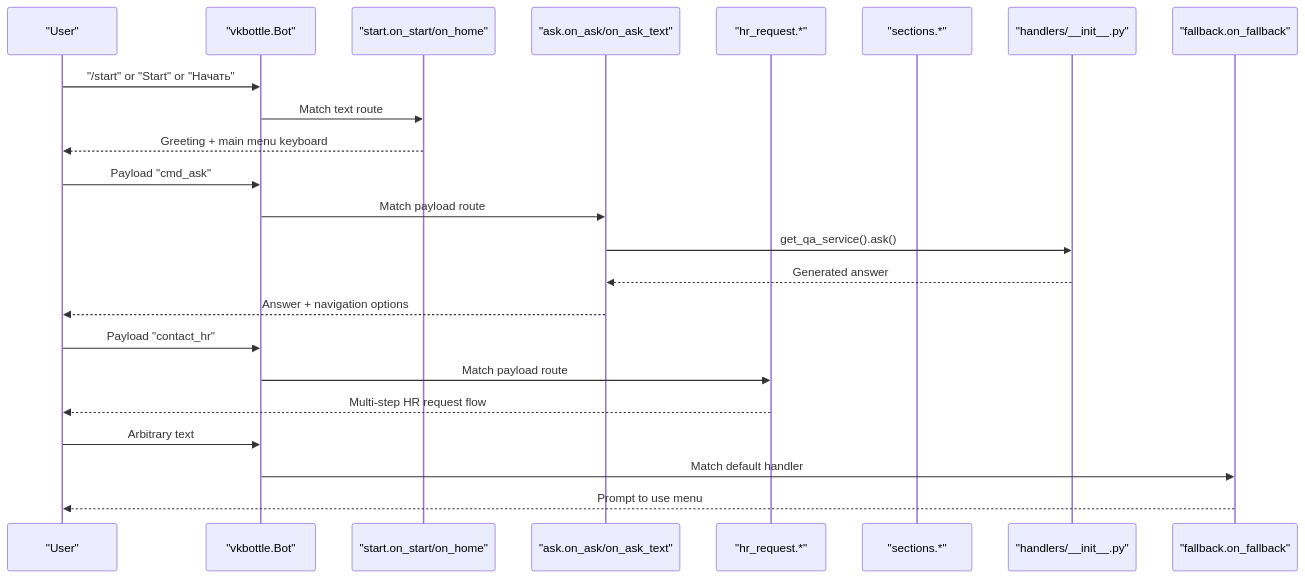
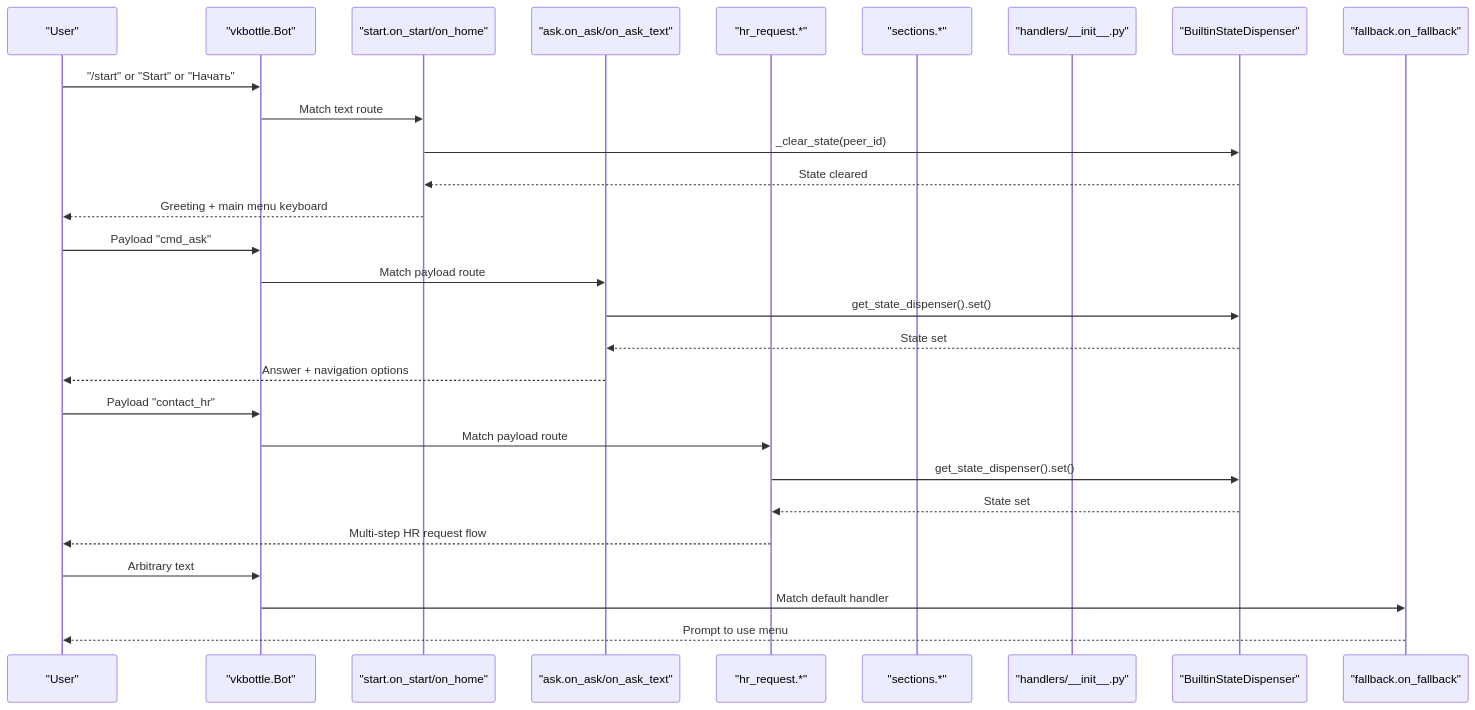
The eighth of 12 diagrams in .qoder/repowiki/en/content/VK Integration/VK Integration.md (ognelis/cafetera_hr_bot), drawn with Mermaid before and after one commit. The commit also changed other lines of this file and 14 other files, not shown here.

````diff
--- a/.qoder/repowiki/en/content/VK Integration/VK Integration.md
+++ b/.qoder/repowiki/en/content/VK Integration/VK Integration.md
@@ -369,25 +475,30 @@
 ```mermaid
 sequenceDiagram
 participant User as "User"
 participant Bot as "vkbottle.Bot"
 participant Start as "start.on_start/on_home"
 participant Ask as "ask.on_ask/on_ask_text"
 participant HR as "hr_request.*"
 participant Sections as "sections.*"
 participant Utils as "handlers/__init__.py"
+participant SD as "BuiltinStateDispenser"
 participant Fallback as "fallback.on_fallback"
 User->>Bot : "/start" or "Start" or "Начать"
 Bot->>Start : Match text route
+Start->>SD : _clear_state(peer_id)
+SD-->>Start : State cleared
 Start-->>User : Greeting + main menu keyboard
 User->>Bot : Payload "cmd_ask"
 Bot->>Ask : Match payload route
-Ask->>Utils : get_qa_service().ask()
-Utils-->>Ask : Generated answer
+Ask->>SD : get_state_dispenser().set()
+SD-->>Ask : State set
 Ask-->>User : Answer + navigation options
 User->>Bot : Payload "contact_hr"
 Bot->>HR : Match payload route
+HR->>SD : get_state_dispenser().set()
+SD-->>HR : State set
 HR-->>User : Multi-step HR request flow
 User->>Bot : Arbitrary text
 Bot->>Fallback : Match default handler
 Fallback-->>User : Prompt to use menu
 ```
````
